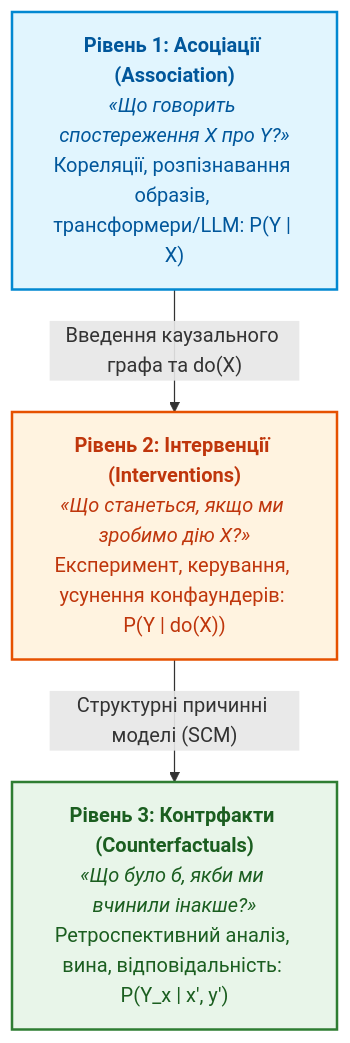
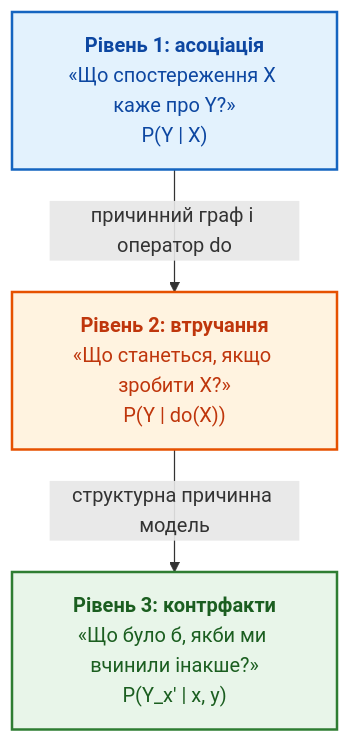
The fourth of 4 diagrams in ExpertSystem/ch06-applied-mathematics-for-expert-systems.md (nick-fedchik/articles), drawn with Mermaid before and after one commit. The commit also changed other lines of this file, not shown here.

````diff
--- a/ExpertSystem/ch06-applied-mathematics-for-expert-systems.md
+++ b/ExpertSystem/ch06-applied-mathematics-for-expert-systems.md
@@ -675,20 +872,20 @@
 ```mermaid
 flowchart TD
-    accTitle: Драбина причинності Джуди Перла (Ladder of Causation)
-    accDescr: Три рівні когнітивних здатностей - асоціації, інтервенції та контрфактичні міркування.
+    accTitle: Драбина причинності Джудеї Перла
+    accDescr: Три рівні причинного міркування: асоціація, втручання й контрфакти; перехід між рівнями потребує причинного графа й структурної моделі.
 
-    L3["<b>Рівень 3: Контрфакти (Counterfactuals)</b><br/><i>«Що було б, якби ми вчинили інакше?»</i><br/>Ретроспективний аналіз, вина, відповідальність: P(Y_x | x', y')"]
-    L2["<b>Рівень 2: Інтервенції (Interventions)</b><br/><i>«Що станеться, якщо ми зробимо дію X?»</i><br/>Експеримент, керування, усунення конфаундерів: P(Y | do(X))"]
-    L1["<b>Рівень 1: Асоціації (Association)</b><br/><i>«Що говорить спостереження X про Y?»</i><br/>Кореляції, розпізнавання образів, трансформери/LLM: P(Y | X)"]
+    L3["<b>Рівень 3: контрфакти</b><br/>«Що було б, якби ми вчинили інакше?»<br/>P(Y_x′ | x, y)"]
+    L2["<b>Рівень 2: втручання</b><br/>«Що станеться, якщо зробити X?»<br/>P(Y | do(X))"]
+    L1["<b>Рівень 1: асоціація</b><br/>«Що спостереження X каже про Y?»<br/>P(Y | X)"]
 
-    L1 -->|"Введення каузального графа та do(X)"| L2
-    L2 -->|"Структурні причинні моделі (SCM)"| L3
+    L1 -->|"причинний граф і оператор do"| L2
+    L2 -->|"структурна причинна модель"| L3
 
-    classDef l1 fill:#e1f5fe,stroke:#0288d1,stroke-width:2px,color:#01579b;
+    classDef l1 fill:#e3f2fd,stroke:#1565c0,stroke-width:2px,color:#0d47a1;
     classDef l2 fill:#fff3e0,stroke:#e65100,stroke-width:2px,color:#bf360c;
     classDef l3 fill:#e8f5e9,stroke:#2e7d32,stroke-width:2px,color:#1b5e20;
 
     class L1 l1;
     class L2 l2;
     class L3 l3;
 ```
````
